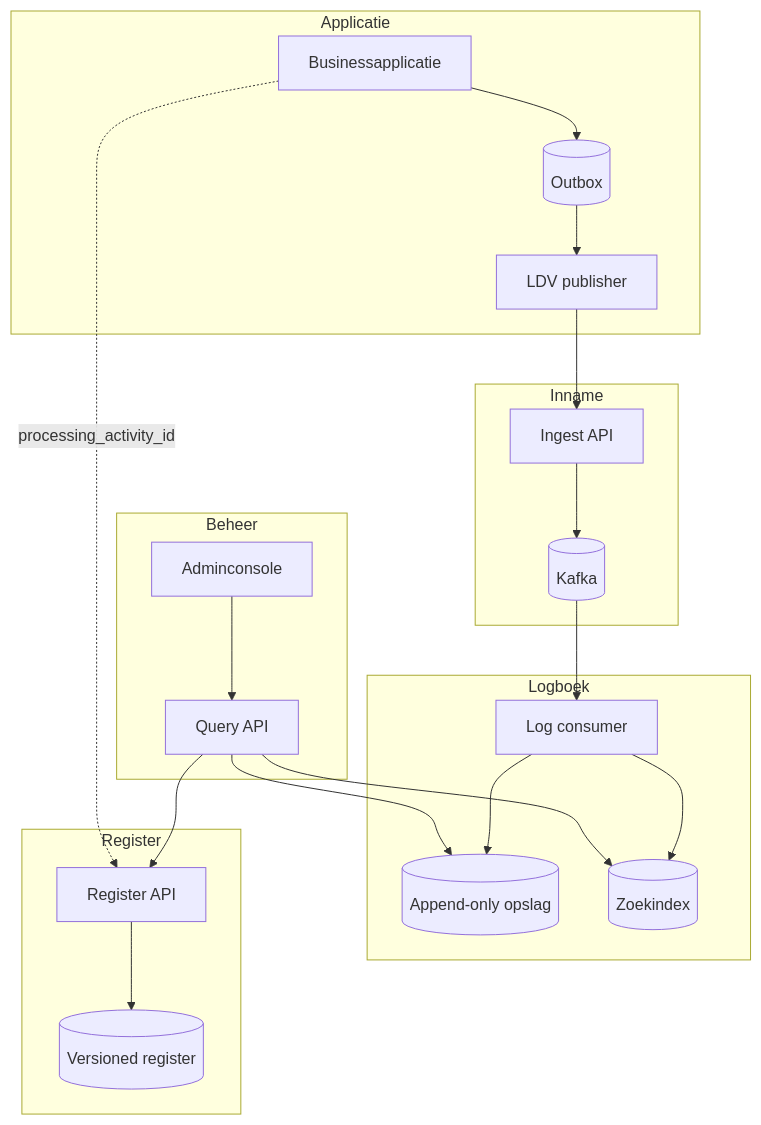
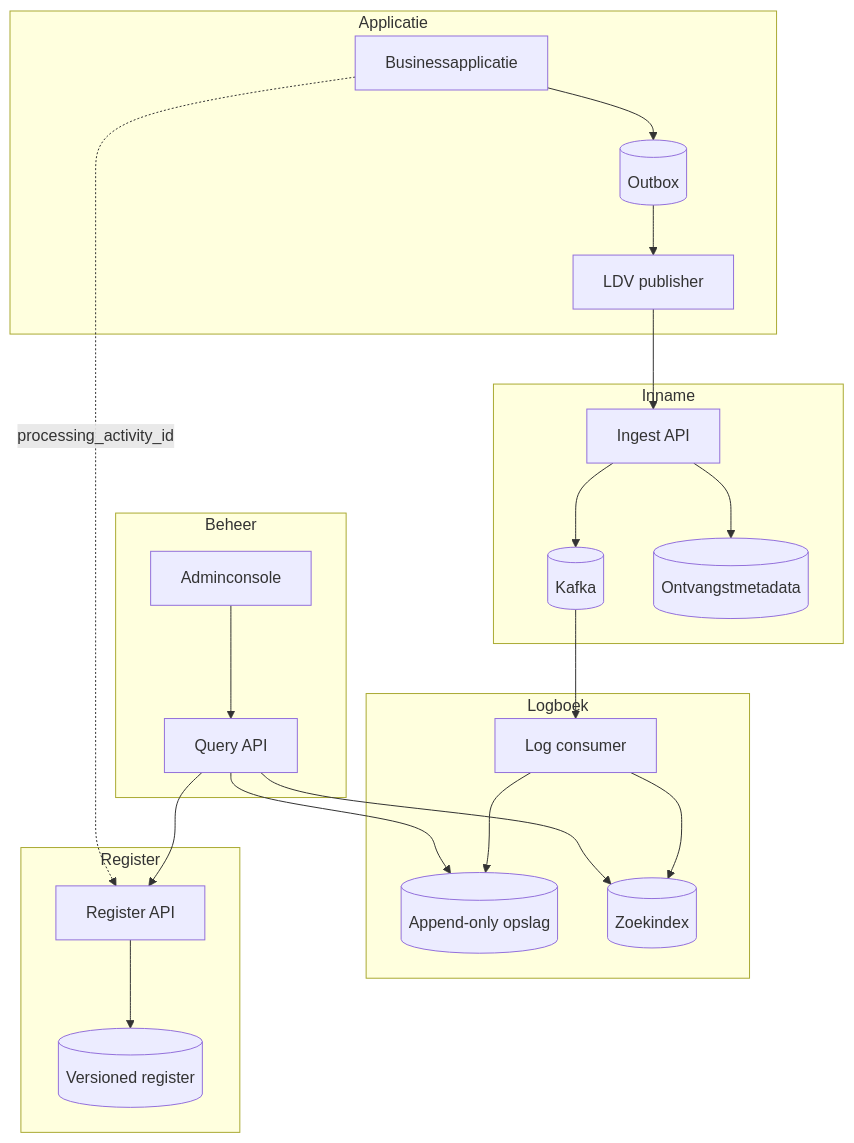
Before and after one commit to rvdkimmenade/pd-logdataverwerking: the diagram in docs/architecture/overview.md, drawn with Mermaid. The commit also changed other lines of this file and 27 other files, not shown here.

````diff
--- a/docs/architecture/overview.md
+++ b/docs/architecture/overview.md
@@ -25,26 +26,27 @@
 ```mermaid
 flowchart TB
   subgraph Applicatie
     A[Businessapplicatie] --> O[(Outbox)]
     O --> P[LDV publisher]
   end
   subgraph Inname
     P --> G[Ingest API]
     G --> K[(Kafka)]
+    G --> M[(Ontvangstmetadata)]
   end
   subgraph Logboek
     K --> C[Log consumer]
     C --> D[(Append-only opslag)]
     C --> I[(Zoekindex)]
   end
   subgraph Register
     R[Register API] --> RDB[(Versioned register)]
   end
   subgraph Beheer
     UI[Adminconsole] --> Q[Query API]
     Q --> I
     Q --> D
     Q --> R
   end
   A -. processing_activity_id .-> R
 ```
````
